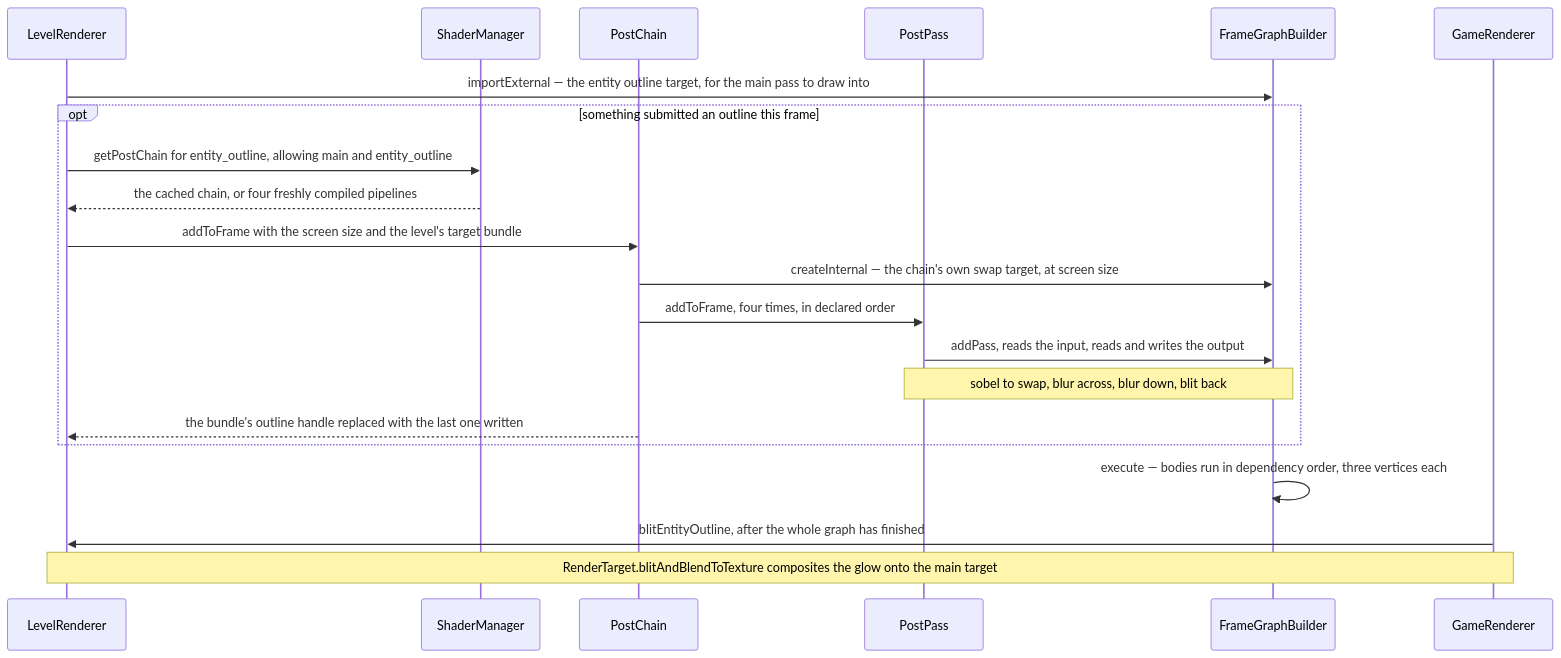
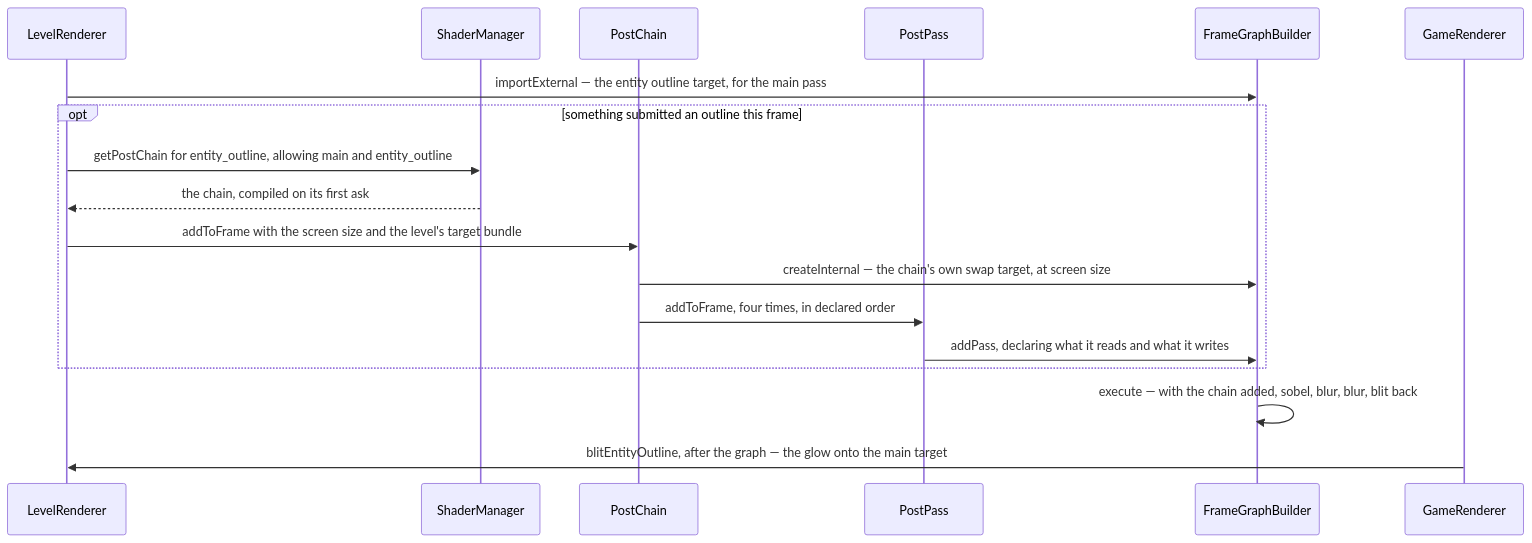
One commit to AlexanderjFraser/MinecraftDocs changed the second of 2 diagrams in src/systems/rendering/post-processing.md. Above: the diagram before and after it, drawn with Mermaid. The commit also changed other lines of this file and 18 other files, not shown here.

````diff
--- a/src/systems/rendering/post-processing.md
+++ b/src/systems/rendering/post-processing.md
@@ -206,24 +220,21 @@
 ```mermaid
 sequenceDiagram
     participant LR as LevelRenderer
     participant ShadM as ShaderManager
     participant PChain as PostChain
     participant PPass as PostPass
     participant FGB as FrameGraphBuilder
     participant GR as GameRenderer
 
-    LR->>FGB: importExternal — the entity outline target, for the main pass to draw into
+    LR->>FGB: importExternal — the entity outline target, for the main pass
     opt something submitted an outline this frame
         LR->>ShadM: getPostChain for entity_outline, allowing main and entity_outline
-        ShadM-->>LR: the cached chain, or four freshly compiled pipelines
+        ShadM-->>LR: the chain, compiled on its first ask
         LR->>PChain: addToFrame with the screen size and the level's target bundle
         PChain->>FGB: createInternal — the chain's own swap target, at screen size
         PChain->>PPass: addToFrame, four times, in declared order
-        PPass->>FGB: addPass, reads the input, reads and writes the output
-        Note over PPass,FGB: sobel to swap, blur across, blur down, blit back
-        PChain-->>LR: the bundle's outline handle replaced with the last one written
+        PPass->>FGB: addPass, declaring what it reads and what it writes
     end
-    FGB->>FGB: execute — bodies run in dependency order, three vertices each
-    GR->>LR: blitEntityOutline, after the whole graph has finished
-    Note over GR,LR: RenderTarget.blitAndBlendToTexture composites the glow onto the main target
+    FGB->>FGB: execute — with the chain added, sobel, blur, blur, blit back
+    GR->>LR: blitEntityOutline, after the graph — the glow onto the main target
 ```
````
